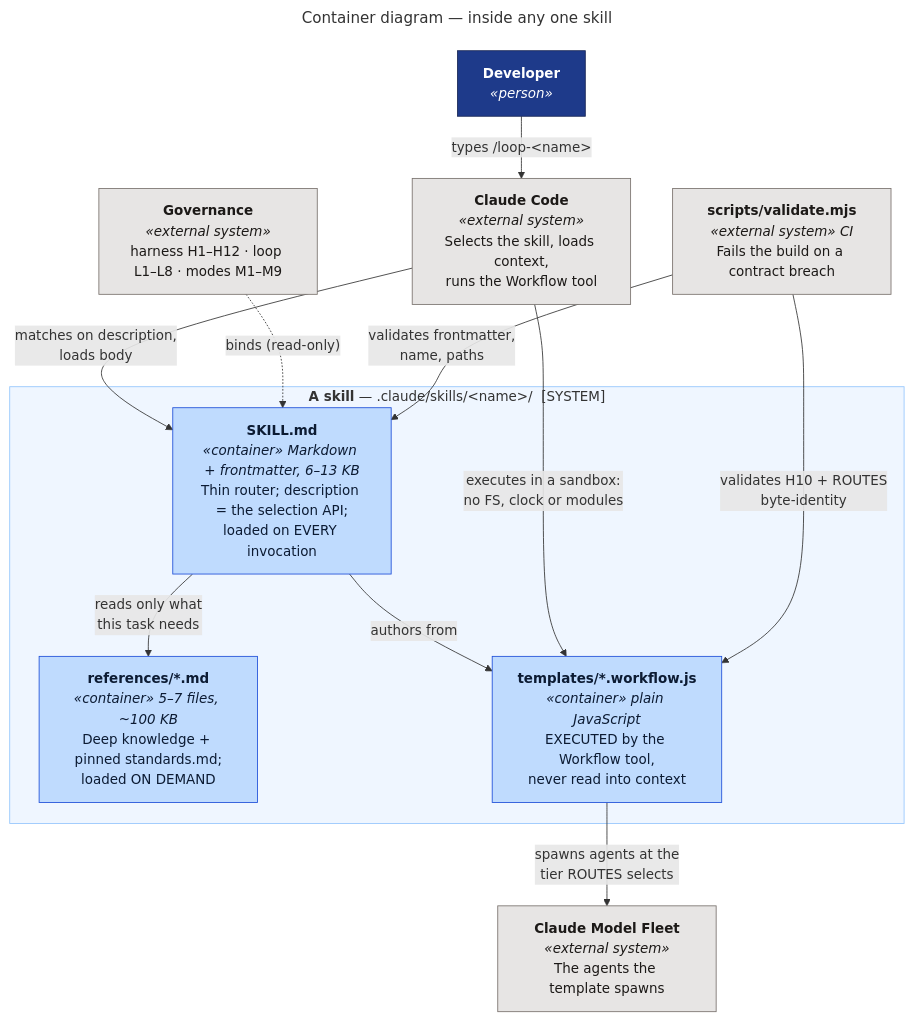
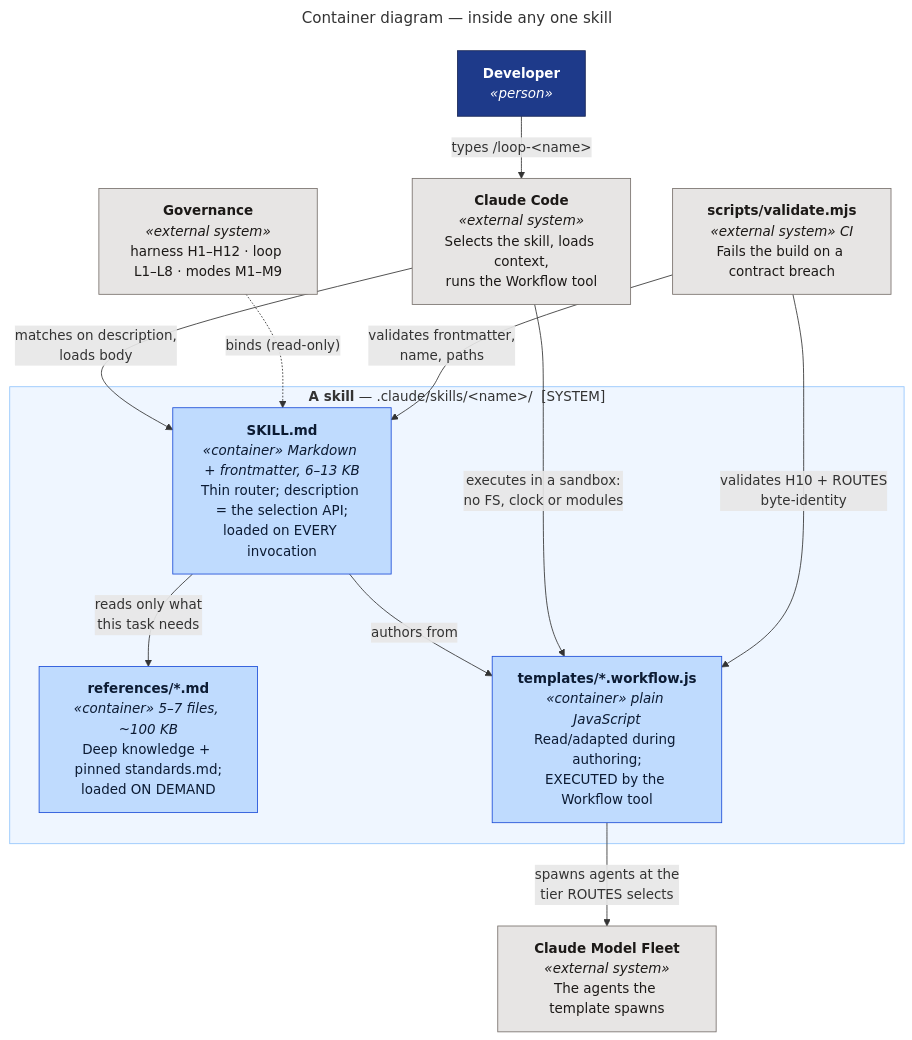
The diagram in docs/c4/diagrams/src/skill-container-view.mmd (santapong/Proof), drawn with Mermaid before and after one commit. The commit also changed 36 other files, not shown here.

Commit message:
docs: refresh README and architecture with verified SVG diagrams

```diff
--- a/docs/c4/diagrams/src/skill-container-view.mmd
+++ b/docs/c4/diagrams/src/skill-container-view.mmd
@@ -1,34 +1,34 @@
 ---
 title: "Container diagram — inside any one skill"
 ---
 flowchart TB
     dev["<b>Developer</b><br/><i>«person»</i>"]
     host["<b>Claude Code</b><br/><i>«external system»</i><br/>Selects the skill, loads context,<br/>runs the Workflow tool"]
 
     subgraph skill["<b>A skill</b> — .claude/skills/&lt;name&gt;/ &nbsp;[SYSTEM]"]
         router["<b>SKILL.md</b><br/><i>«container» Markdown + frontmatter, 6–13 KB</i><br/>Thin router; description = the selection API;<br/>loaded on EVERY invocation"]
         refs["<b>references/*.md</b><br/><i>«container» 5–7 files, ~100 KB</i><br/>Deep knowledge + pinned standards.md;<br/>loaded ON DEMAND"]
-        tmpl["<b>templates/*.workflow.js</b><br/><i>«container» plain JavaScript</i><br/>EXECUTED by the Workflow tool,<br/>never read into context"]
+        tmpl["<b>templates/*.workflow.js</b><br/><i>«container» plain JavaScript</i><br/>Read/adapted during authoring;<br/>EXECUTED by the Workflow tool"]
     end
 
     law["<b>Governance</b><br/><i>«external system»</i><br/>harness H1–H12 · loop L1–L8 · modes M1–M9"]
     gate["<b>scripts/validate.mjs</b><br/><i>«external system» CI</i><br/>Fails the build on a contract breach"]
     fleet["<b>Claude Model Fleet</b><br/><i>«external system»</i><br/>The agents the template spawns"]
 
     dev -- "types /loop-&lt;name&gt;" --> host
     host -- "matches on description,<br/>loads body" --> router
     router -- "reads only what<br/>this task needs" --> refs
     router -- "authors from" --> tmpl
     law -. "binds (read-only)" .-> router
     host -- "executes in a sandbox:<br/>no FS, clock or modules" --> tmpl
     tmpl -- "spawns agents at the<br/>tier ROUTES selects" --> fleet
     gate -- "validates frontmatter,<br/>name, paths" --> router
     gate -- "validates H10 + ROUTES<br/>byte-identity" --> tmpl
 
     classDef person fill:#1E3A8A,stroke:#172554,color:#fff
     classDef container fill:#BFDBFE,stroke:#1D4ED8,color:#0C1B33
     classDef ext fill:#E7E5E4,stroke:#78716C,color:#1C1917
     class dev person
     class router,refs,tmpl container
     class host,law,gate,fleet ext
     style skill fill:#EFF6FF,stroke:#93C5FD
```
